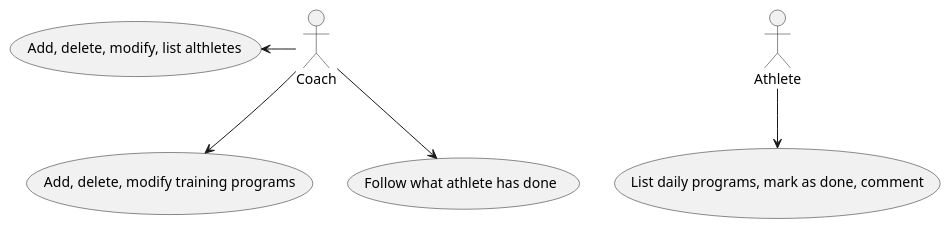
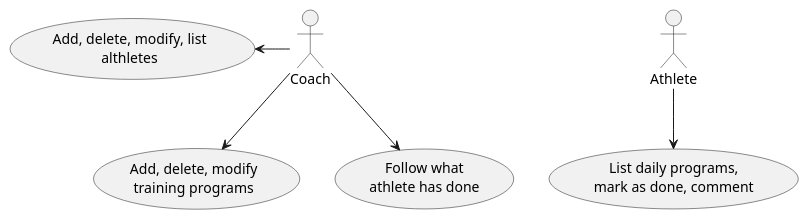
Before and after one commit to SaLuX8/UI-programming: the diagram in Specs/Specs.md, drawn with PlantUML.

````diff
--- a/Specs/Specs.md
+++ b/Specs/Specs.md
@@ -30,17 +30,17 @@
 ```plantuml
 
 actor Coach 
 actor Athlete
-usecase (Add, delete, modify training programs) as UC1
-usecase (List daily programs, mark as done, comment) as UC2
-usecase (Follow what athlete has done) as UC3
-usecase (Add, delete, modify, list althletes) as UC4
+usecase (Add, delete, modify\ntraining programs) as UC1
+usecase (List daily programs,\nmark as done, comment) as UC2
+usecase (Follow what\nathlete has done) as UC3
+usecase (Add, delete, modify, list\nalthletes) as UC4
 
 Coach -left-> UC4
 Coach -down-> UC1
 Coach -down-> UC3
 
 Athlete -down-> UC2
 
 
 ```
````
